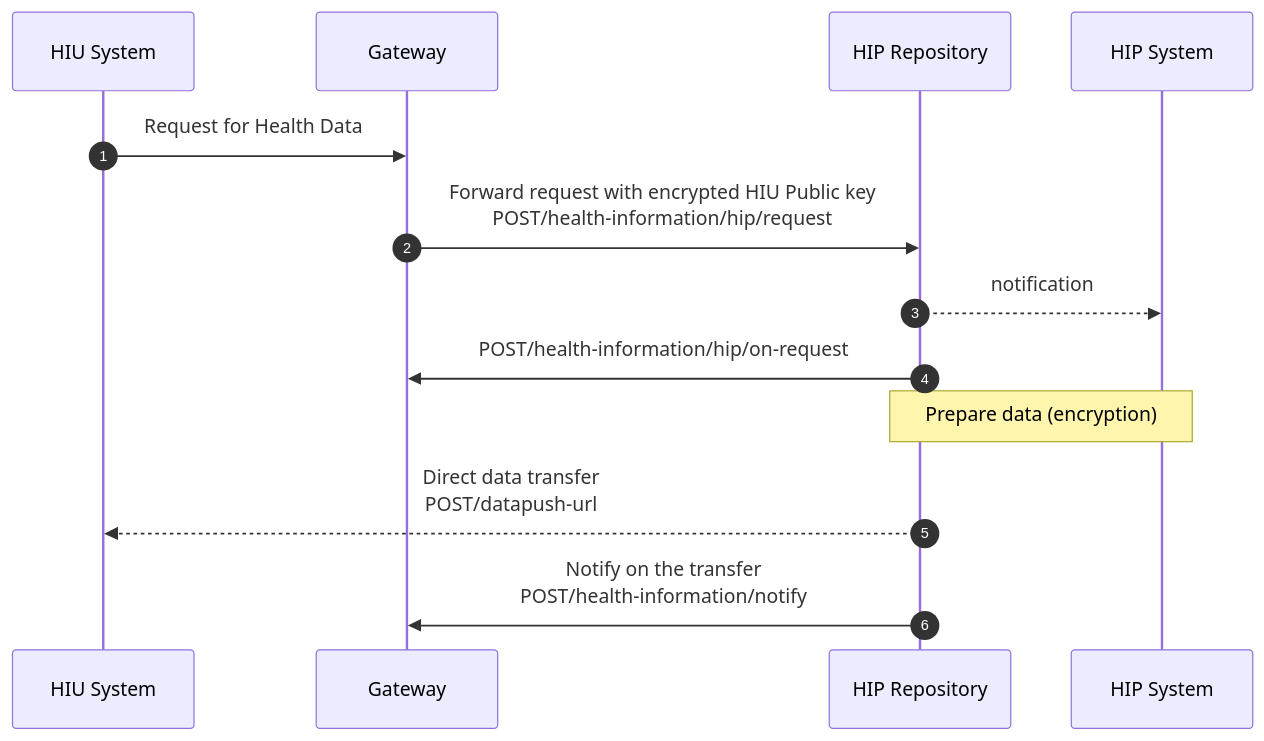
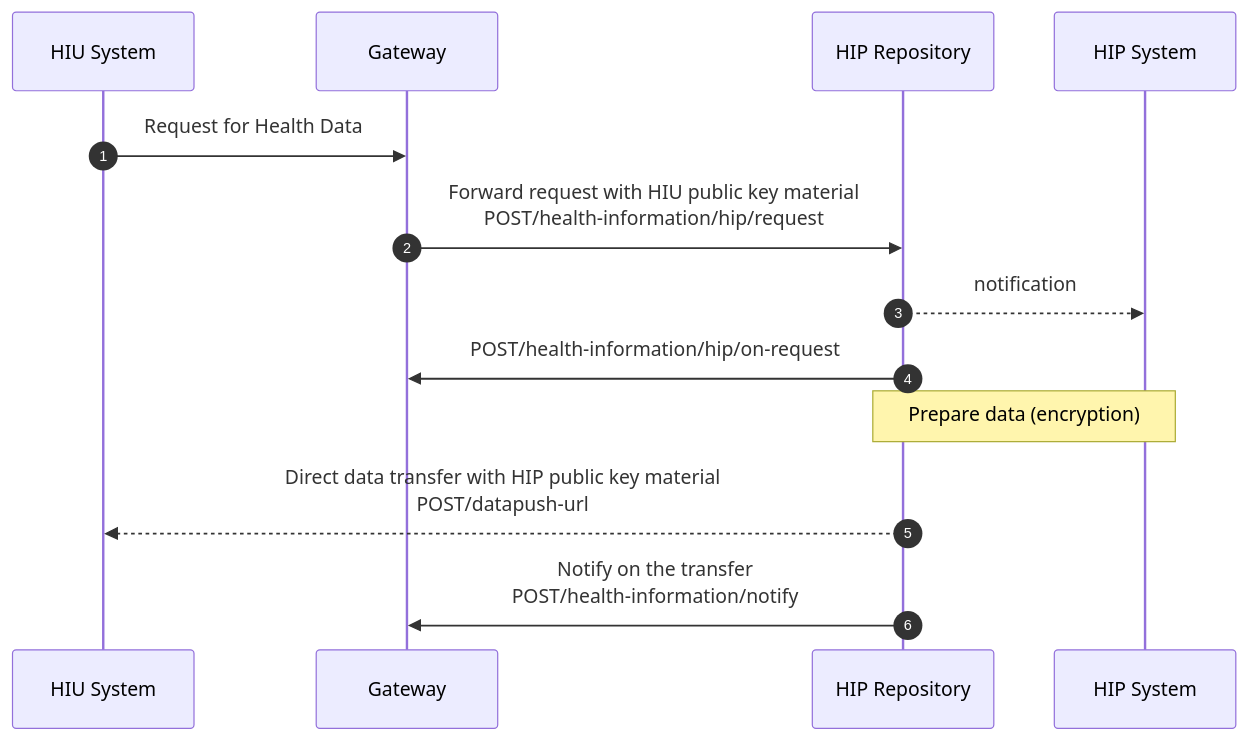
One commit to kiranma72/abdm-docs changed the diagram in content/3-milestone2/encryption-decryption/_index.md. Above: the diagram before and after it, drawn with Mermaid. The commit also changed other lines of this file and 6 other files, not shown here.

```diff
--- a/content/3-milestone2/encryption-decryption/_index.md
+++ b/content/3-milestone2/encryption-decryption/_index.md
@@ -24,12 +24,12 @@
 {{< mermaid >}}
 %%{init:{"fontSize": "1.0rem", "sequence":{"showSequenceNumbers":true}}}%%
 sequenceDiagram
 HIU System->>Gateway:Request for Health Data
-Gateway->>HIP Repository:Forward request with encrypted HIU Public key<br/>POST/health-information/hip/request
+Gateway->>HIP Repository:Forward request with HIU public key material<br/>POST/health-information/hip/request
 activate HIP Repository
 HIP Repository-->>HIP System:notification
 HIP Repository->>Gateway:POST/health-information/hip/on-request
 Note over HIP Repository,HIP System:Prepare data (encryption)
-HIP Repository-->>HIU System: Direct data transfer<br/>POST/datapush-url
+HIP Repository-->>HIU System: Direct data transfer with HIP public key material<br/>POST/datapush-url
 HIP Repository->>Gateway:Notify on the transfer<br/>POST/health-information/notify
 {{< /mermaid >}}
```
